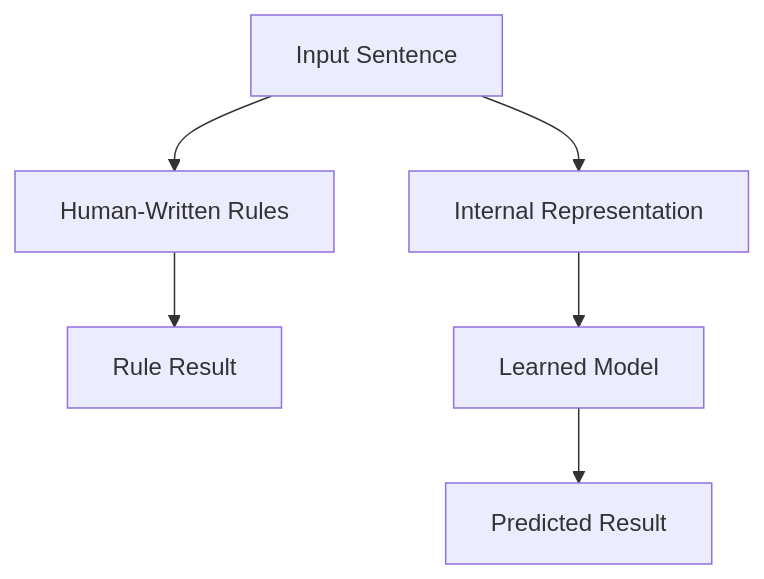
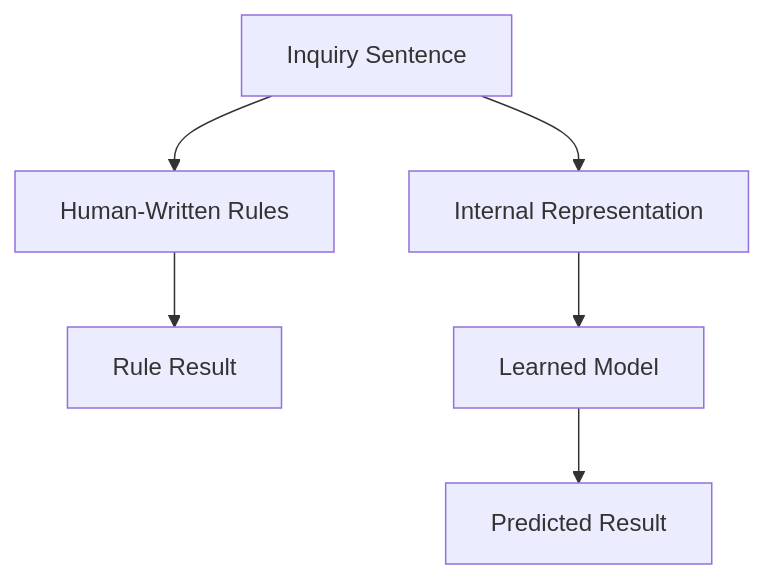
Before and after one commit to devchan64/AiBook: the first of 3 diagrams in docs/en/parts/part-01/chapter-03/section-03.md, drawn with Mermaid. The commit also changed other lines of this file and 36 other files, not shown here.

````diff
--- a/docs/en/parts/part-01/chapter-03/section-03.md
+++ b/docs/en/parts/part-01/chapter-03/section-03.md
@@ -66,13 +70,13 @@
 ```mermaid
 flowchart TD
-  Text["Input Sentence"]
+  Text["Inquiry Sentence"]
   Rule["Human-Written Rules"]
   RuleOut["Rule Result"]
 
   Rep["Internal Representation"]
   Model["Learned Model"]
   ModelOut["Predicted Result"]
 
   Text --> Rule --> RuleOut
   Text --> Rep --> Model --> ModelOut
 ```
````
